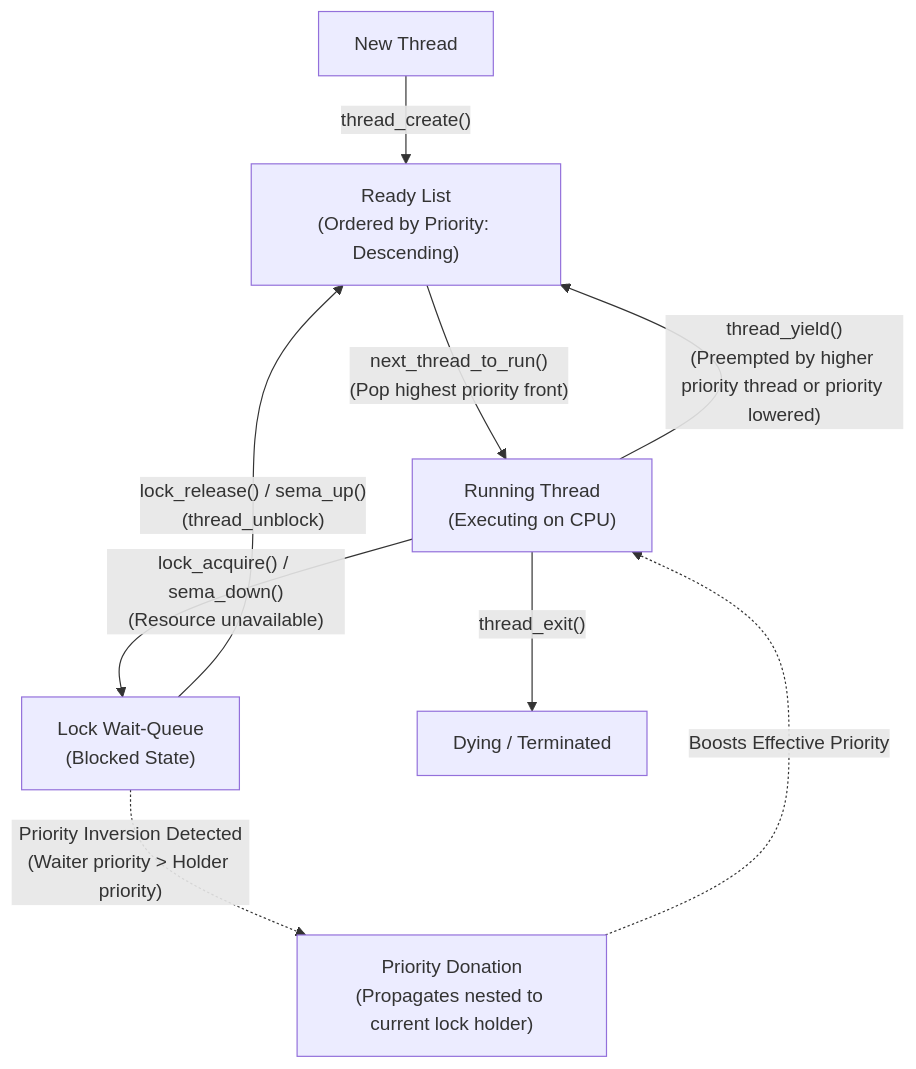
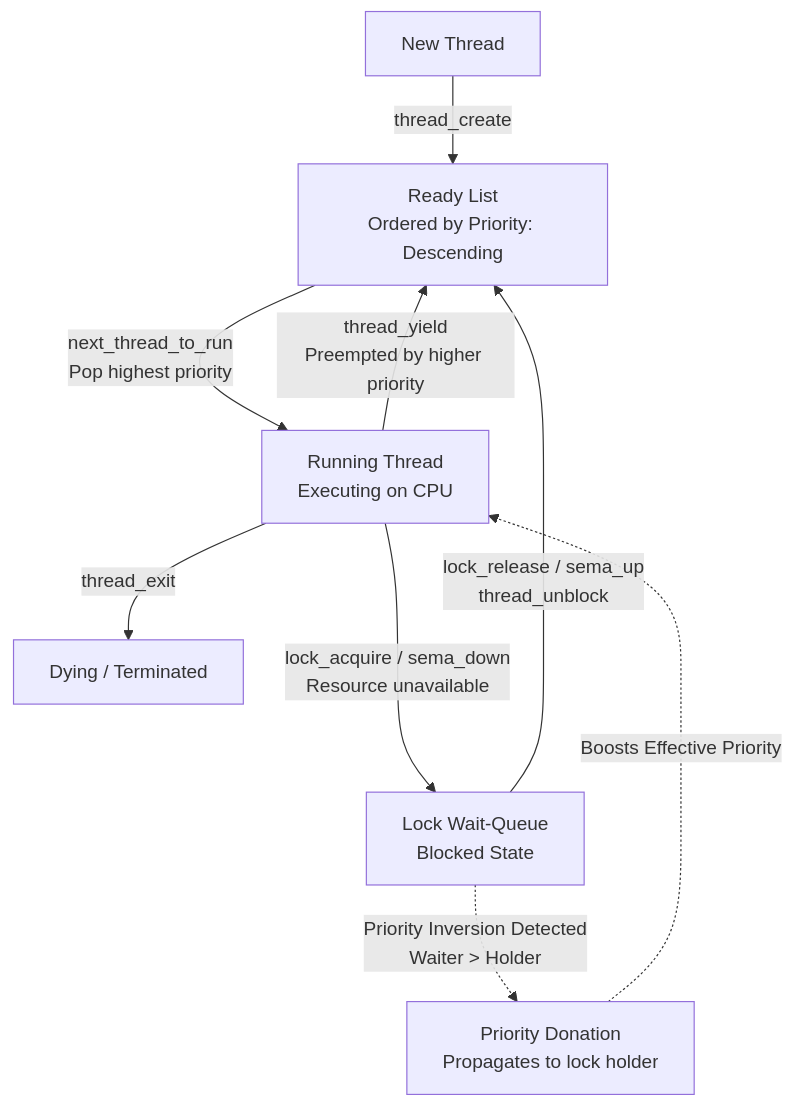
One commit to MayurRajeshKeni/pintos-priority-scheduler changed the diagram in README.md. Above: the diagram before and after it, drawn with Mermaid.

Commit message:
docs: improve mermaid diagram layout and link spacing

````diff
--- a/README.md
+++ b/README.md
@@ -13,18 +13,14 @@
 ```mermaid
-flowchart TD
-    NEW["New Thread"] -->|"thread_create()"| READY["Ready List\n(Ordered by Priority: Descending)"]
+graph TD
+    New[New Thread] -->|thread_create| Ready[Ready List<br/>Ordered by Priority: Descending]
     
-    READY -->|"next_thread_to_run()\n(Pop highest priority front)"| RUNNING["Running Thread\n(Executing on CPU)"]
+    Ready -->|next_thread_to_run<br/>Pop highest priority| Running[Running Thread<br/>Executing on CPU]
+    Running -->|thread_yield<br/>Preempted by higher priority| Ready
+    Running -->|thread_exit| Dead[Dying / Terminated]
     
-    RUNNING -->|"thread_yield()\n(Preempted by higher priority thread or priority lowered)"| READY
+    Running --->|lock_acquire / sema_down<br/>Resource unavailable| Blocked[Lock Wait-Queue<br/>Blocked State]
+    Blocked --->|lock_release / sema_up<br/>thread_unblock| Ready
     
-    RUNNING -->|"lock_acquire() / sema_down()\n(Resource unavailable)"| BLOCKED["Lock Wait-Queue\n(Blocked State)"]
-    
-    BLOCKED -->|"lock_release() / sema_up()\n(thread_unblock)"| READY
-    
-    BLOCKED -.->|"Priority Inversion Detected\n(Waiter priority > Holder priority)"| DONATION["Priority Donation\n(Propagates nested to current lock holder)"]
-    
-    DONATION -.->|"Boosts Effective Priority"| RUNNING
-    
-    RUNNING -->|"thread_exit()"| DYING["Dying / Terminated"]
+    Blocked -.->|Priority Inversion Detected<br/>Waiter > Holder| Donation[Priority Donation<br/>Propagates to lock holder]
+    Donation -.->|Boosts Effective Priority| Running
 ```
````
